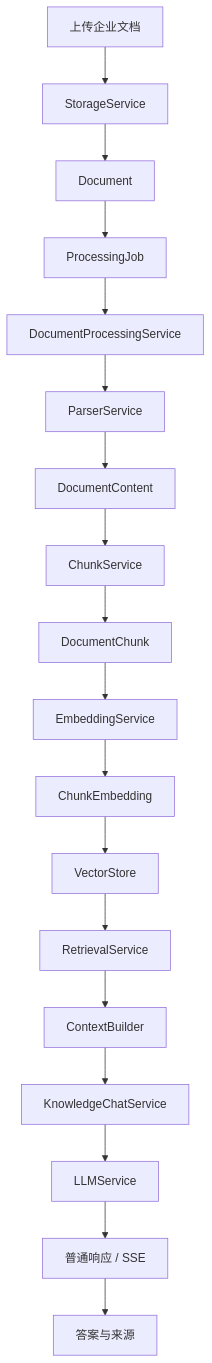
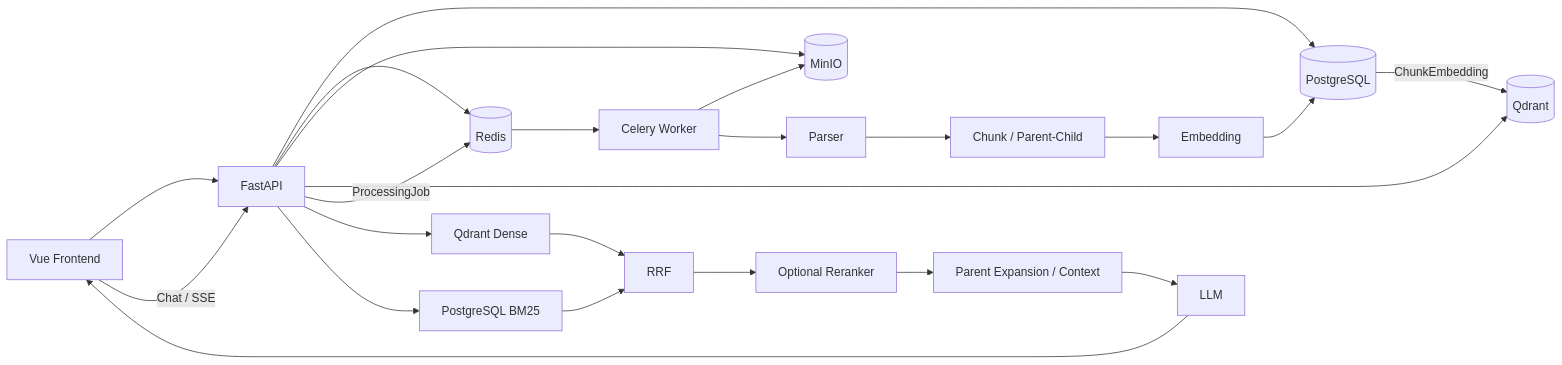
The diagram in README.md (iBAMB00/Knowledge-Assistant), drawn with Mermaid before and after one commit. The commit also changed other lines of this file, not shown here.

````diff
--- a/README.md
+++ b/README.md
@@ -88,20 +26,27 @@
 ```mermaid
-flowchart TD
-    A[上传企业文档] --> B[StorageService]
-    B --> C[Document]
-    C --> D[ProcessingJob]
-    D --> E[DocumentProcessingService]
-    E --> F[ParserService]
-    F --> G[DocumentContent]
-    G --> H[ChunkService]
-    H --> I[DocumentChunk]
-    I --> J[EmbeddingService]
-    J --> K[ChunkEmbedding]
-    K --> L[VectorStore]
-    L --> M[RetrievalService]
-    M --> N[ContextBuilder]
-    N --> O[KnowledgeChatService]
-    O --> P[LLMService]
-    P --> Q[普通响应 / SSE]
-    Q --> R[答案与来源]
+flowchart LR
+    UI[Vue Frontend] --> API[FastAPI]
+    API --> PG[(PostgreSQL)]
+    API --> REDIS[(Redis)]
+    API --> MINIO[(MinIO)]
+    API --> Q[(Qdrant)]
+
+    API -->|ProcessingJob| REDIS
+    REDIS --> W[Celery Worker]
+    W --> MINIO
+    W --> P[Parser]
+    P --> C[Chunk / Parent-Child]
+    C --> E[Embedding]
+    E --> PG
+    PG -->|ChunkEmbedding| Q
+
+    UI -->|Chat / SSE| API
+    API --> D[Qdrant Dense]
+    API --> B[PostgreSQL BM25]
+    D --> RRF[RRF]
+    B --> RRF
+    RRF --> RR[Optional Reranker]
+    RR --> CTX[Parent Expansion / Context]
+    CTX --> LLM[LLM]
+    LLM --> UI
 ```
````
